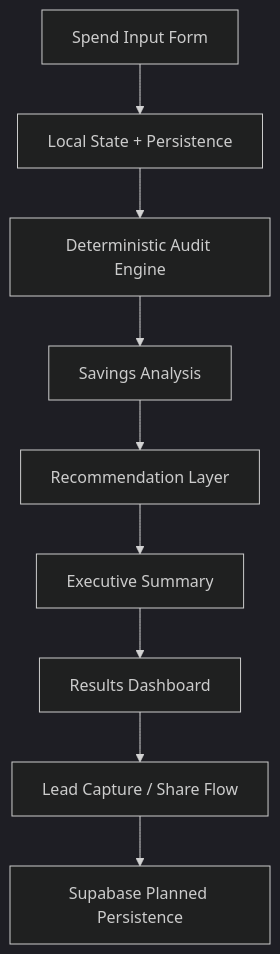
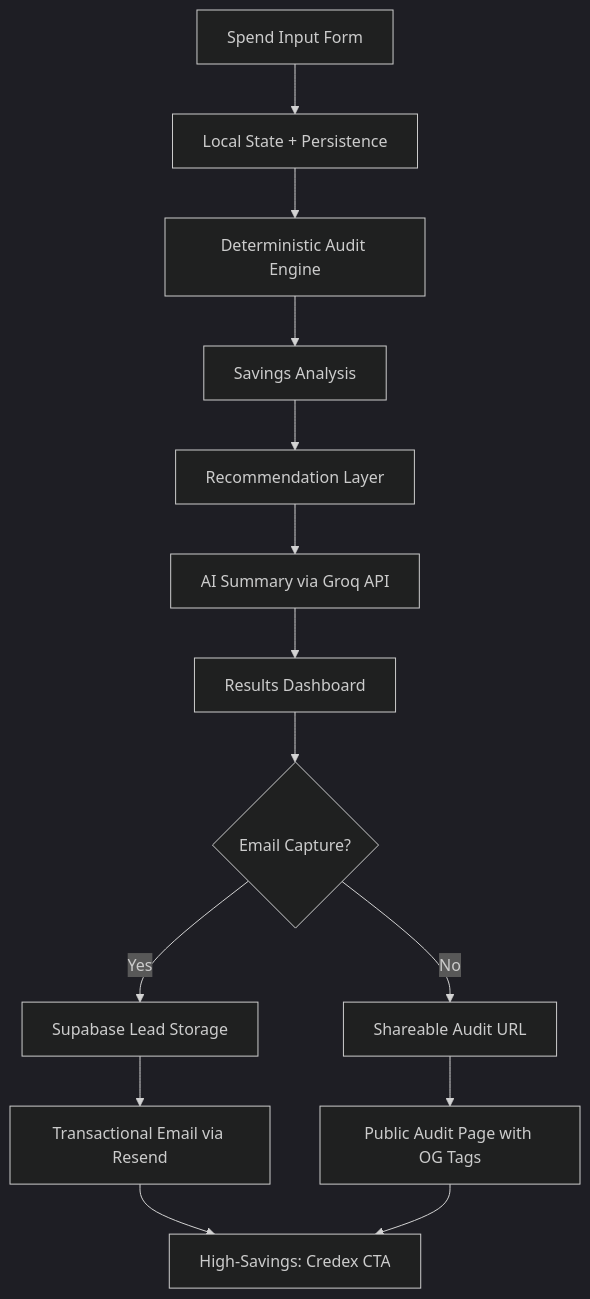
Before and after one commit to rxz33/spendora-ai-spend-audit: the diagram in ARCHITECTURE.md, drawn with Mermaid (dark theme). The commit also changed 5 other files, not shown here.

````diff
--- a/ARCHITECTURE.md
+++ b/ARCHITECTURE.md
@@ -27,20 +27,30 @@
 ```mermaid
 flowchart TD
 
 A[Spend Input Form]
 --> B[Local State + Persistence]
 
 B --> C[Deterministic Audit Engine]
 
 C --> D[Savings Analysis]
 
 D --> E[Recommendation Layer]
 
-E --> F[Executive Summary]
+E --> F[AI Summary via Groq API]
 
 F --> G[Results Dashboard]
 
-G --> H[Lead Capture / Share Flow]
+G --> H{Email Capture?}
 
-H --> I[Supabase Planned Persistence]
+H -->|Yes| I[Supabase Lead Storage]
+
+H -->|No| J[Shareable Audit URL]
+
+I --> K[Transactional Email via Resend]
+
+J --> L[Public Audit Page with OG Tags]
+
+K --> M[High-Savings: Credex CTA]
+
+L --> M
 ```
````
